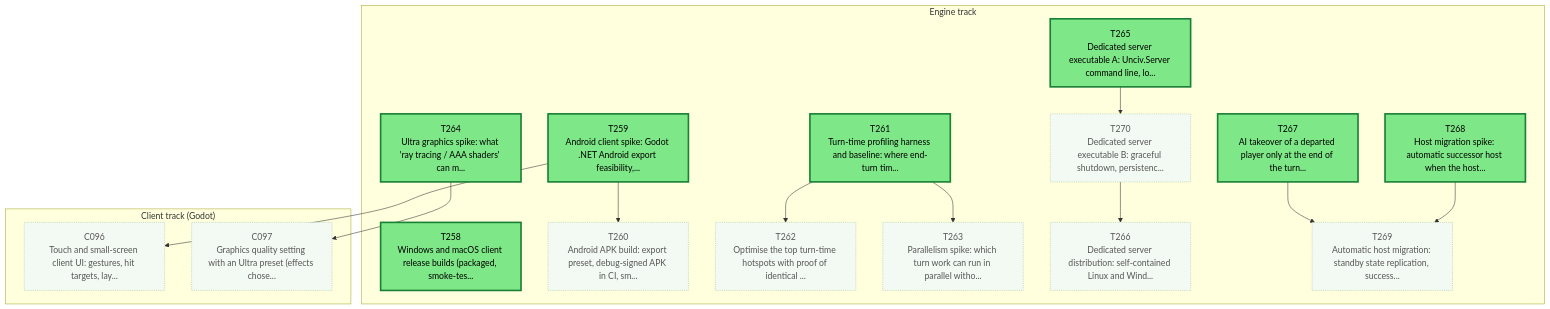
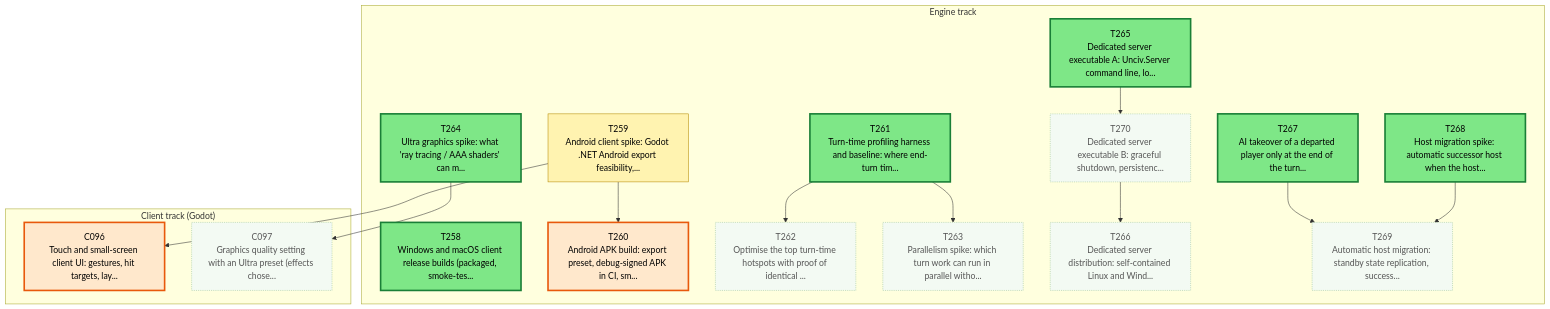
Before and after one commit to Kenmura/Unciv: the first of 3 diagrams in csharp/migration/DEPENDENCY_MAP.md, drawn with Mermaid. The commit also changed other lines of this file and 1 other file, not shown here.

````diff
--- a/csharp/migration/DEPENDENCY_MAP.md
+++ b/csharp/migration/DEPENDENCY_MAP.md
@@ -35,53 +35,53 @@
 ```mermaid
 flowchart TD
   subgraph TTRACK["Engine track"]
     T258["T258<br/>Windows and macOS client release builds (packaged, smoke-tes..."]
     T259["T259<br/>Android client spike: Godot .NET Android export feasibility,..."]
     T260["T260<br/>Android APK build: export preset, debug-signed APK in CI, sm..."]
     T261["T261<br/>Turn-time profiling harness and baseline: where end-turn tim..."]
     T262["T262<br/>Optimise the top turn-time hotspots with proof of identical ..."]
     T263["T263<br/>Parallelism spike: which turn work can run in parallel witho..."]
     T264["T264<br/>Ultra graphics spike: what 'ray tracing / AAA shaders' can m..."]
     T265["T265<br/>Dedicated server executable A: Unciv.Server command line, lo..."]
     T266["T266<br/>Dedicated server distribution: self-contained Linux and Wind..."]
     T267["T267<br/>AI takeover of a departed player only at the end of the turn..."]
     T268["T268<br/>Host migration spike: automatic successor host when the host..."]
     T269["T269<br/>Automatic host migration: standby state replication, success..."]
     T270["T270<br/>Dedicated server executable B: graceful shutdown, persistenc..."]
   end
   subgraph CTRACK["Client track (Godot)"]
     C096["C096<br/>Touch and small-screen client UI: gestures, hit targets, lay..."]
     C097["C097<br/>Graphics quality setting with an Ultra preset (effects chose..."]
   end
   T259 --> T260
   T261 --> T262
   T261 --> T263
   T270 --> T266
   T268 --> T269
   T267 --> T269
   T265 --> T270
   T259 --> C096
   T264 --> C097
   classDef waiting fill:#f3faf3,stroke:#9bc49b,color:#555,stroke-dasharray:2 2
   classDef ondeck fill:#ffe8cc,stroke:#e8590c,stroke-width:3px,color:#000
   classDef ready fill:#7ee787,stroke:#1a7f37,stroke-width:3px,color:#000
   classDef prog fill:#fff3b0,stroke:#b58900,color:#000
   classDef review fill:#cfe4ff,stroke:#1f6feb,color:#000
   classDef blocked fill:#ffd6d6,stroke:#c62828,color:#000
   classDef done fill:#eeeeee,stroke:#999999,color:#666,stroke-dasharray:4 3
-  class C096 waiting
+  class C096 ondeck
   class C097 waiting
   class T258 ready
-  class T259 ready
-  class T260 waiting
+  class T259 prog
+  class T260 ondeck
   class T261 ready
   class T262 waiting
   class T263 waiting
   class T264 ready
   class T265 ready
   class T266 waiting
   class T267 ready
   class T268 ready
   class T269 waiting
   class T270 waiting
 ```
````
